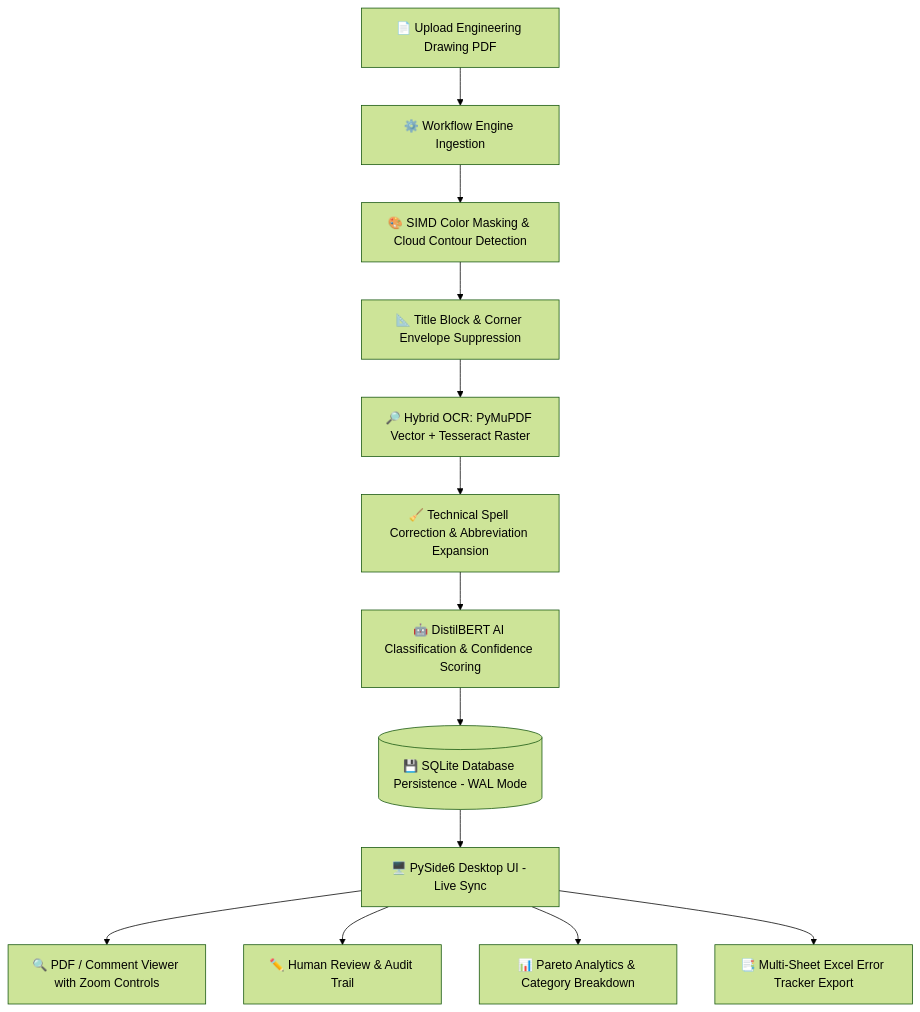
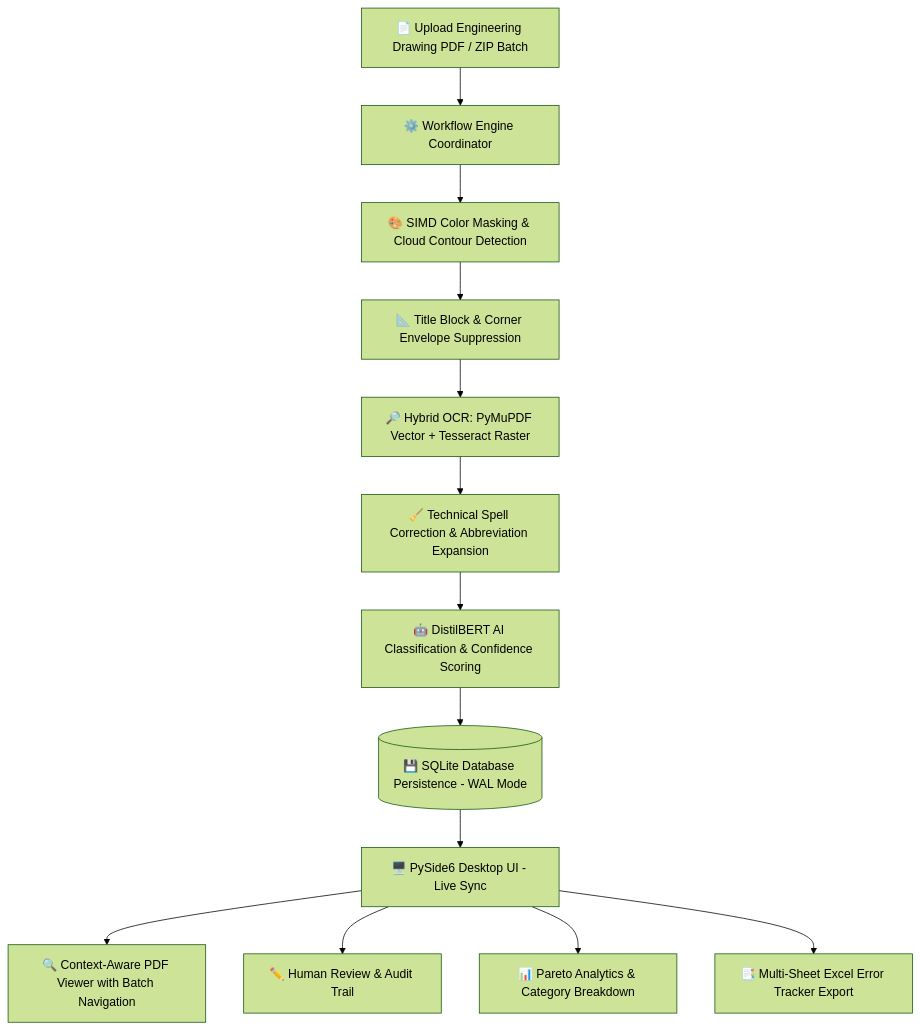
The diagram in README.md (Swapnaja14/UCC-AI-Drawing-Review-Comment-Analyzer-Intelligence-Hub), drawn with Mermaid (forest theme) before and after one commit. The commit also changed other lines of this file, not shown here.

Commit message:
docs: update README with batch upload, context-aware viewer, and timing features

````diff
--- a/README.md
+++ b/README.md
@@ -97,15 +107,15 @@
 ```mermaid
 flowchart TD
-    A[📄 Upload Engineering Drawing PDF] --> B[⚙️ Workflow Engine Ingestion]
+    A[📄 Upload Engineering Drawing PDF / ZIP Batch] --> B[⚙️ Workflow Engine Coordinator]
     B --> C[🎨 SIMD Color Masking & Cloud Contour Detection]
     C --> D[📐 Title Block & Corner Envelope Suppression]
     D --> E[🔎 Hybrid OCR: PyMuPDF Vector + Tesseract Raster]
     E --> F[🧹 Technical Spell Correction & Abbreviation Expansion]
     F --> G[🤖 DistilBERT AI Classification & Confidence Scoring]
     G --> H[(💾 SQLite Database Persistence - WAL Mode)]
     H --> I[🖥️ PySide6 Desktop UI - Live Sync]
-    I --> J[🔍 PDF / Comment Viewer with Zoom Controls]
+    I --> J[🔍 Context-Aware PDF Viewer with Batch Navigation]
     I --> K[✏️ Human Review & Audit Trail]
     I --> L[📊 Pareto Analytics & Category Breakdown]
     I --> M[📑 Multi-Sheet Excel Error Tracker Export]
 ```
````
